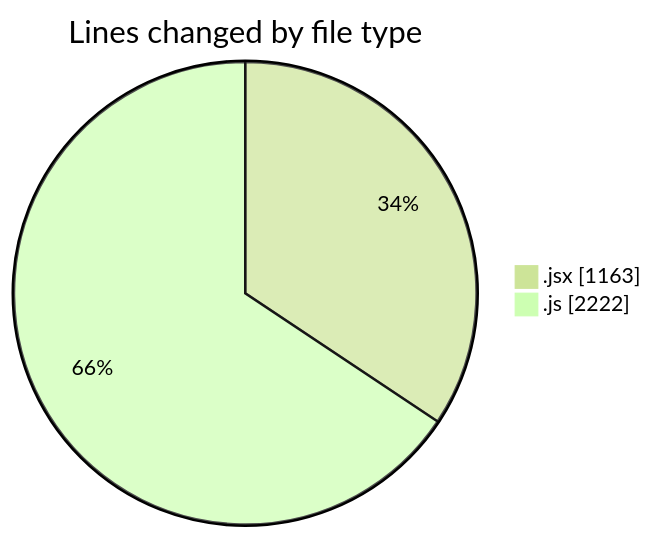
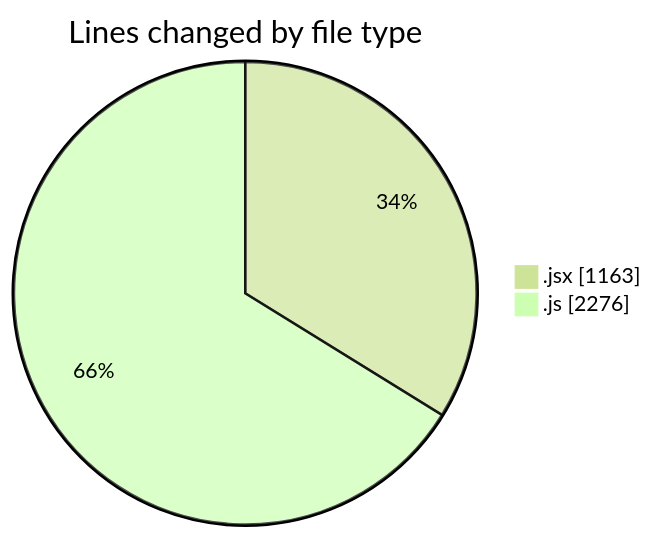
The first of 2 diagrams in 2025-12-08/nxtqube_webapp/README.md (nxtqubesakshisongat/code-tracking), drawn with Mermaid (forest theme) before and after one commit. The commit also changed other lines of this file and 1 other file, not shown here.

````diff
--- a/2025-12-08/nxtqube_webapp/README.md
+++ b/2025-12-08/nxtqube_webapp/README.md
@@ -25,6 +25,6 @@
 ```mermaid
 pie showData
 title Lines changed by file type
 ".jsx" : 1163
-".js" : 2222
+".js" : 2276
 ```
````
